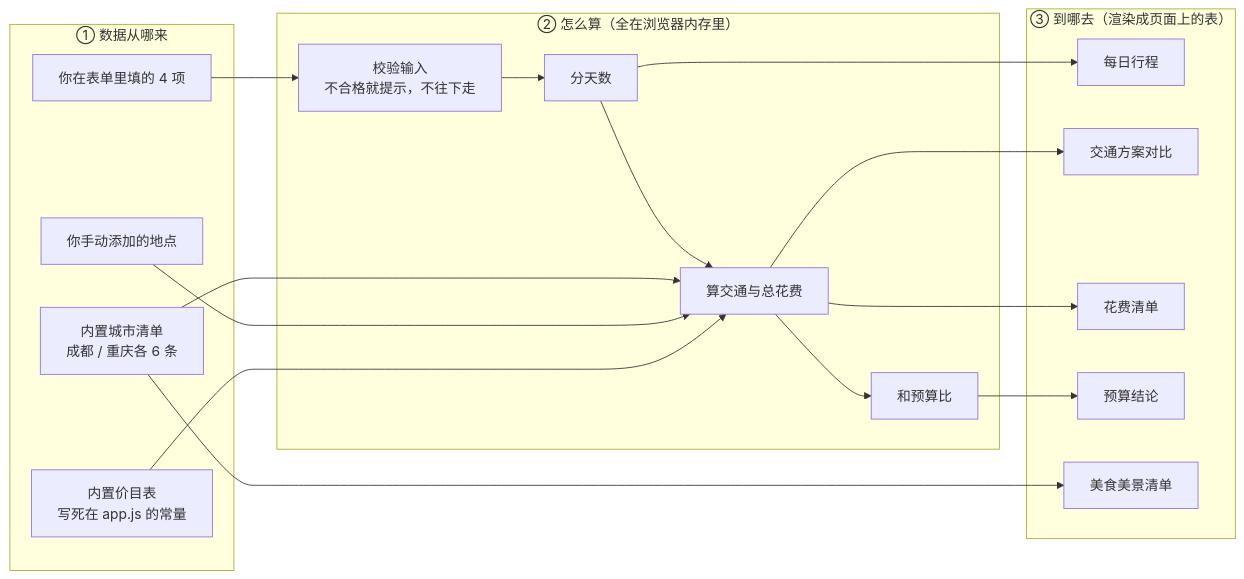
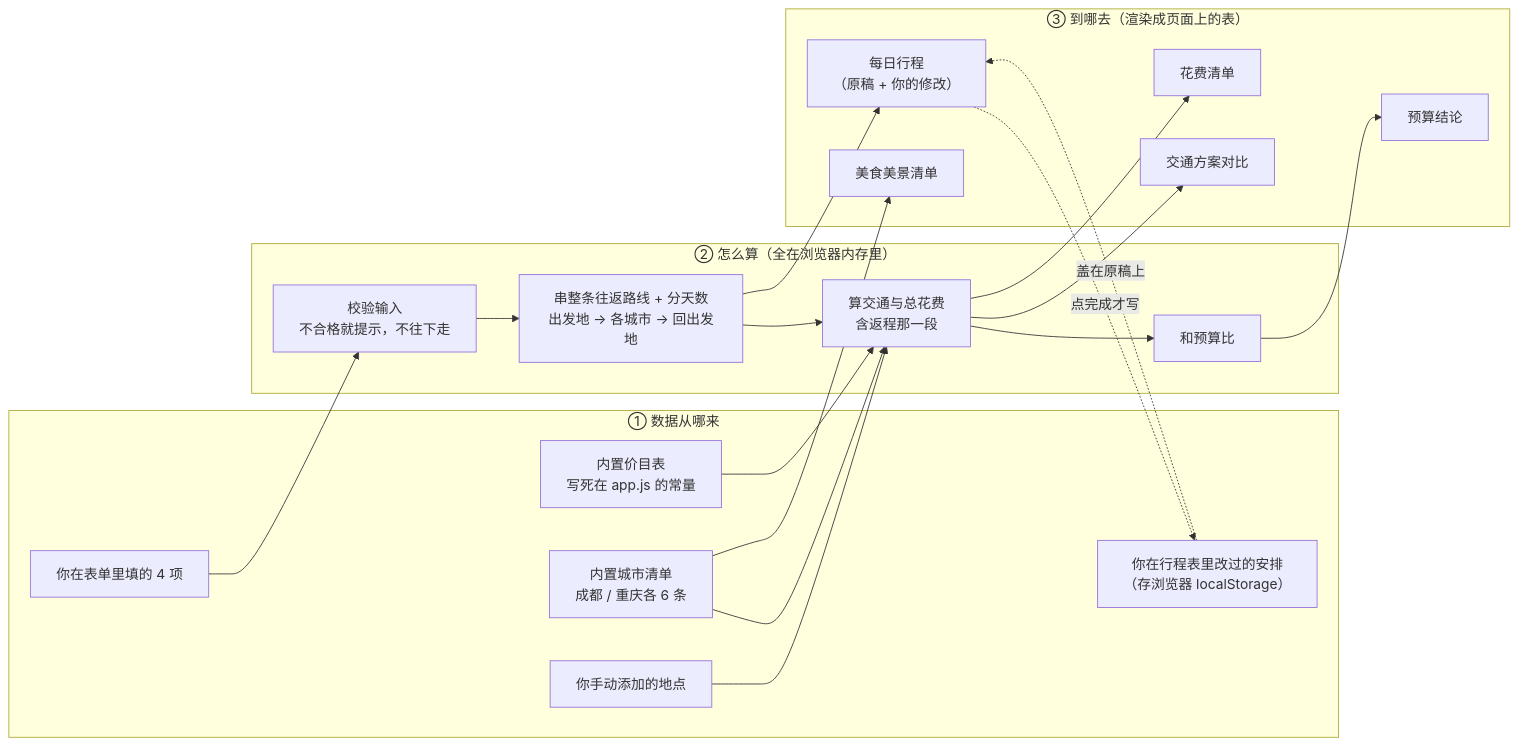
One commit to liumengmeng-6/meng-vibe-coding changed the diagram in TECH_DESIGN.md. Above: the diagram before and after it, drawn with Mermaid. The commit also changed other lines of this file and 7 other files, not shown here.

````diff
--- a/TECH_DESIGN.md
+++ b/TECH_DESIGN.md
@@ -134,32 +146,35 @@
 ```mermaid
 flowchart LR
     subgraph S1["① 数据从哪来"]
         A1["内置价目表<br/>写死在 app.js 的常量"]
         A2["内置城市清单<br/>成都 / 重庆各 6 条"]
         A3["你在表单里填的 4 项"]
         A4["你手动添加的地点"]
+        A5["你在行程表里改过的安排<br/>（存浏览器 localStorage）"]
     end
     subgraph S2["② 怎么算（全在浏览器内存里）"]
         B1["校验输入<br/>不合格就提示，不往下走"]
-        B2["分天数"]
-        B3["算交通与总花费"]
+        B2["串整条往返路线 + 分天数<br/>出发地 → 各城市 → 回出发地"]
+        B3["算交通与总花费<br/>含返程那一段"]
         B4["和预算比"]
     end
     subgraph S3["③ 到哪去（渲染成页面上的表）"]
-        C1["每日行程"]
+        C1["每日行程<br/>（原稿 + 你的修改）"]
         C2["交通方案对比"]
         C3["花费清单"]
         C4["预算结论"]
         C5["美食美景清单"]
     end
     A3 --> B1
     A1 --> B3
     A4 --> B3
     A2 --> B3
     A2 --> C5
     B1 --> B2 --> B3 --> B4
     B2 --> C1
     B3 --> C2
     B3 --> C3
     B4 --> C4
+    A5 -.->|"盖在原稿上"| C1
+    C1 -.->|"点完成才写"| A5
 ```
````
